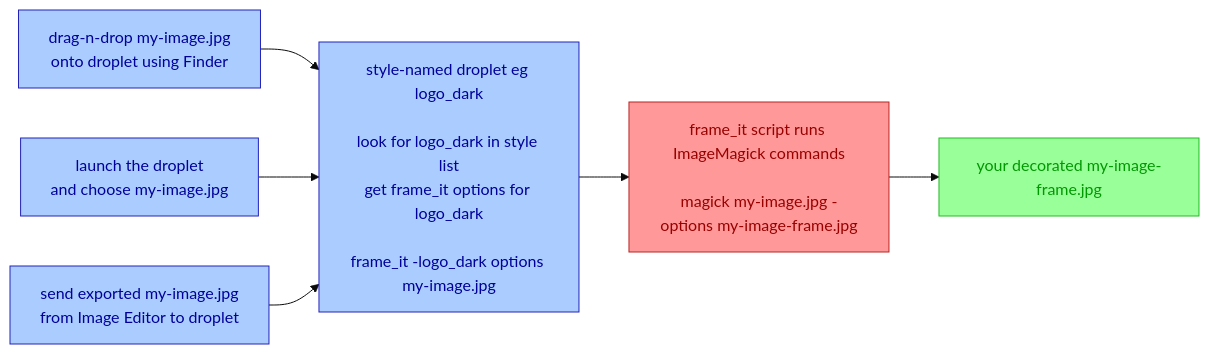
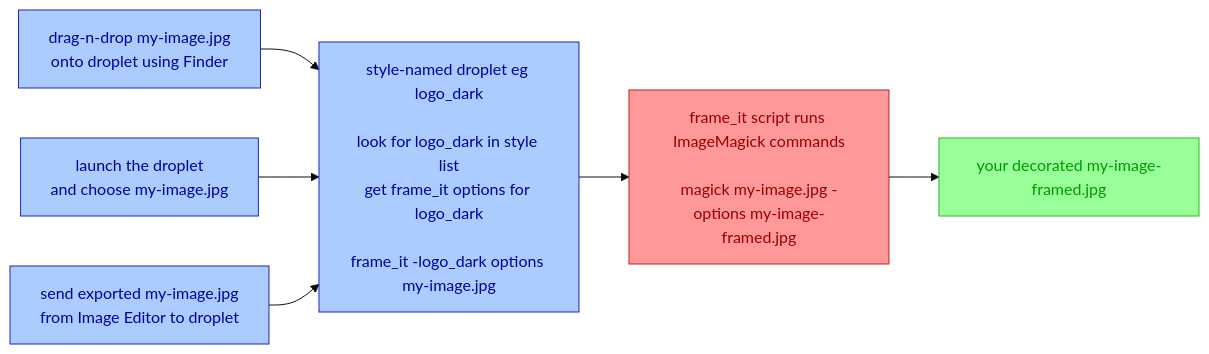
Before and after one commit to walterrowe/magick-frames: the diagram in README.md, drawn with Mermaid (base theme). The commit also changed other lines of this file and 1 other file, not shown here.

Commit message:
change name suffix from '-frame' to '-framed'

````diff
--- a/README.md
+++ b/README.md
@@ -43,23 +43,23 @@
 ```mermaid
 graph LR
 
 classDef RED fill:#f99,color:#900,stroke:#b22;
 classDef GRN fill:#9f9,color:#090,stroke:#2b2;
 classDef BLU fill:#acf,color:#009,stroke:#22b;
 classDef LAV fill:#d3c3f3,color:#916060,stroke:#916060;
 
 dropped[drag-n-drop my-image.jpg<br>onto droplet using Finder]:::BLU
 selected[launch the droplet<br>and choose my-image.jpg]:::BLU
 exported[send exported my-image.jpg<br>from Image Editor to droplet]:::BLU
 
 droplets[style-named droplet eg logo_dark<br><br>look for logo_dark in style list<br>get frame_it options for logo_dark<br><br>frame_it -logo_dark options my-image.jpg]:::BLU
 
-frameit[frame_it script runs ImageMagick commands<br><br>magick my-image.jpg -options my-image-frame.jpg]:::RED
-output[your decorated my-image-frame.jpg]:::GRN
+frameit[frame_it script runs ImageMagick commands<br><br>magick my-image.jpg -options my-image-framed.jpg]:::RED
+output[your decorated my-image-framed.jpg]:::GRN
 
 dropped --> droplets
 selected --> droplets
 exported --> droplets
 
 droplets --> frameit --> output
 ```
````
